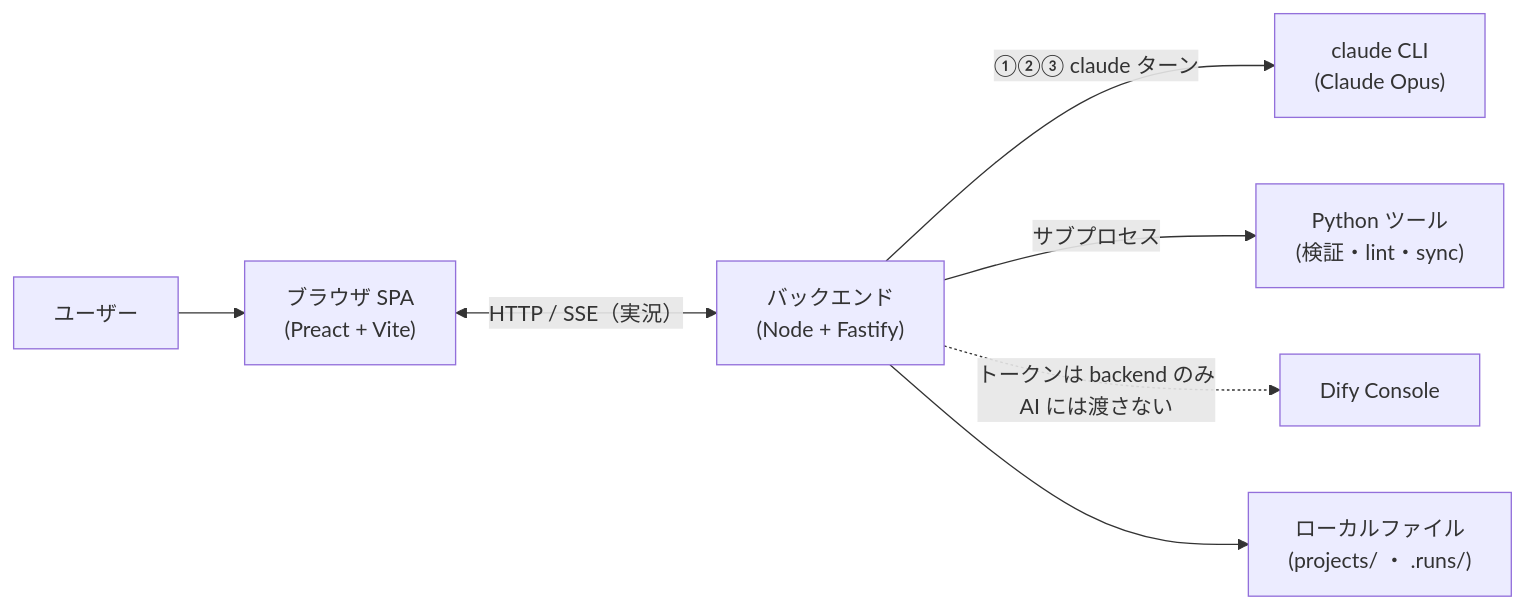
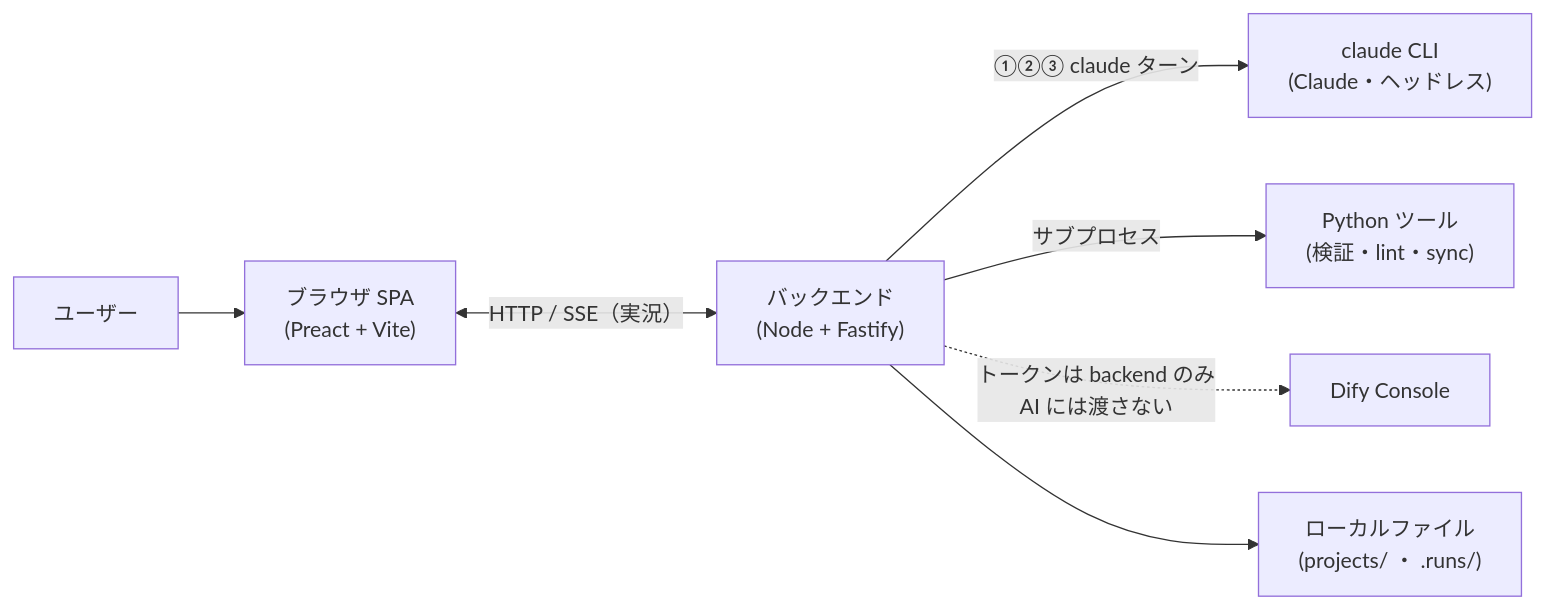
One commit to QuyenTrungvitalify/dify-projects changed the second of 6 diagrams in docs/project-overview-ja.md. Above: the diagram before and after it, drawn with Mermaid. The commit also changed other lines of this file and 65 other files, not shown here.

````diff
--- a/docs/project-overview-ja.md
+++ b/docs/project-overview-ja.md
@@ -31,9 +43,9 @@
 ```mermaid
 flowchart LR
   U["ユーザー"] --> B["ブラウザ SPA<br/>(Preact + Vite)"]
   B <-->|"HTTP / SSE（実況）"| S["バックエンド<br/>(Node + Fastify)"]
-  S -->|"①②③ claude ターン"| C["claude CLI<br/>(Claude Opus)"]
+  S -->|"①②③ claude ターン"| C["claude CLI<br/>(Claude・ヘッドレス)"]
   S -->|"サブプロセス"| P["Python ツール<br/>(検証・lint・sync)"]
   S -.->|"トークンは backend のみ<br/>AI には渡さない"| D["Dify Console"]
   S --> F["ローカルファイル<br/>(projects/ ・ .runs/)"]
 ```
````
